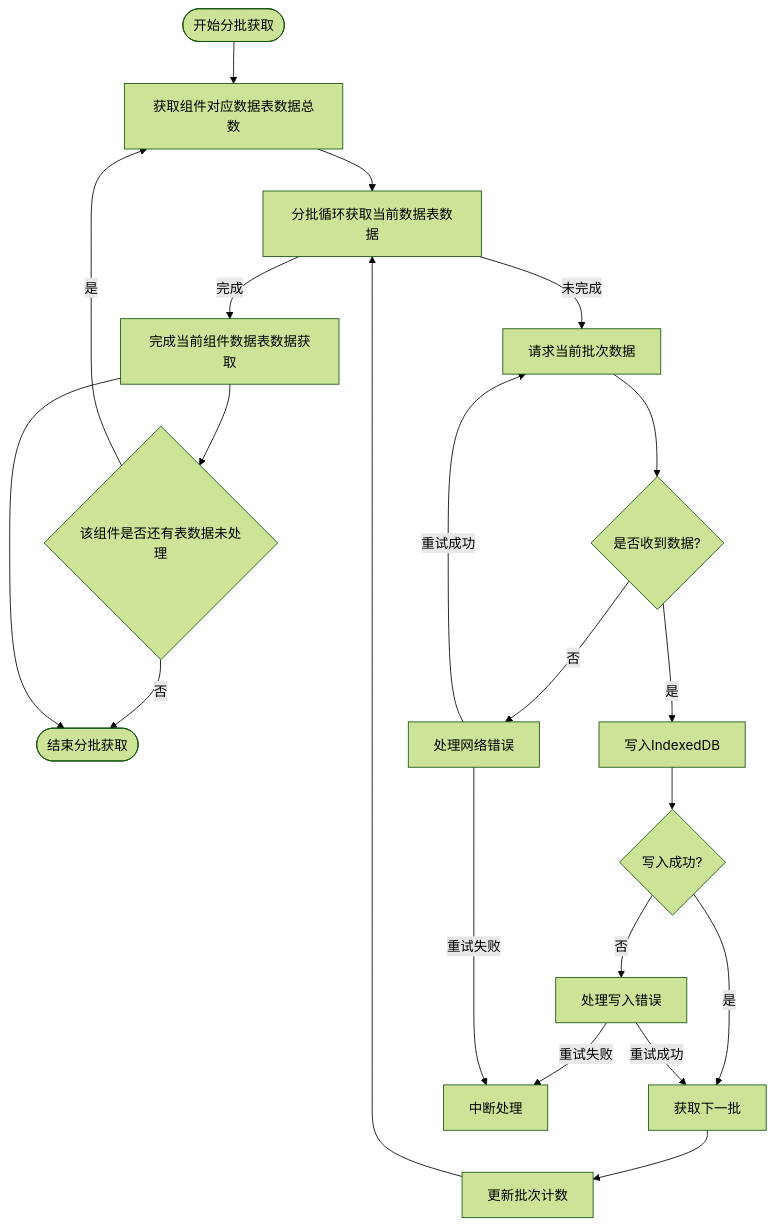
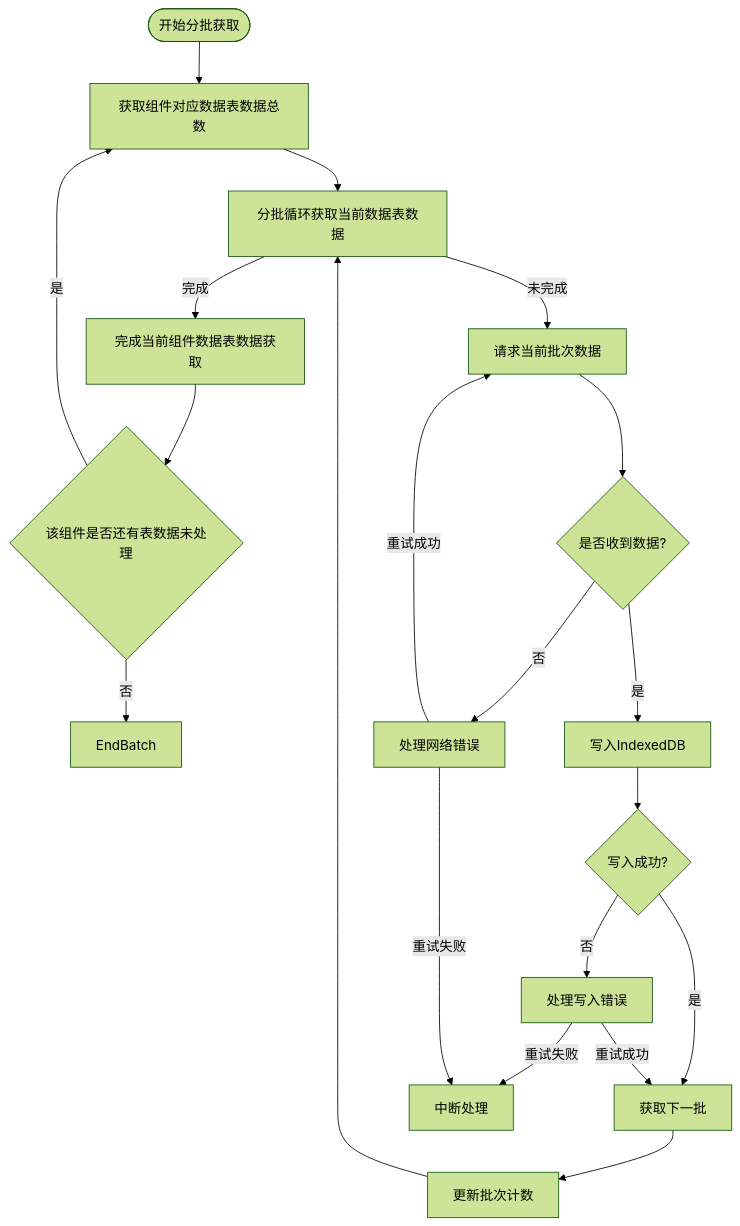
The diagram in all/未命名-56.md (yingjianzh/iodraw-files), drawn with Mermaid (forest theme) before and after one commit.

Commit message:
2025-05-12 10:27:55 update

````diff
--- a/all/未命名-56.md
+++ b/all/未命名-56.md
@@ -1,35 +1,34 @@
 ```mermaid
 
 flowchart TD
     StartBatch([开始分批获取]) --> InitializeBatch[获取组件对应数据表数据总数]
     InitializeBatch --> CheckBatchSize[分批循环获取当前数据表数据]
     
     CheckBatchSize -->|完成| BatchComplete[完成当前组件数据表数据获取]
 
     BatchComplete --> HasNext{该组件是否还有表数据未处理}
 
     HasNext --> |是| InitializeBatch
     HasNext --> |否| EndBatch
 
     
     CheckBatchSize -->|未完成| RequestBatch[请求当前批次数据]
     RequestBatch --> ReceiveBatch{是否收到数据?}
     
     ReceiveBatch -->|是| WriteToDB[写入IndexedDB]
     
     WriteToDB --> BatchSuccess{写入成功?}
     BatchSuccess -->|是| NextBatch[获取下一批]
     BatchSuccess -->|否| HandleError[处理写入错误]
     HandleError -->|重试成功| NextBatch
     HandleError -->|重试失败| AbortProcess[中断处理]
     
     ReceiveBatch -->|否| HandleNetworkError[处理网络错误]
     HandleNetworkError -->|重试成功| RequestBatch
     HandleNetworkError -->|重试失败| AbortProcess
     
     NextBatch --> IncrementBatch[更新批次计数]
     IncrementBatch --> CheckBatchSize
     
-    BatchComplete --> EndBatch([结束分批获取])
 
 ```
````
